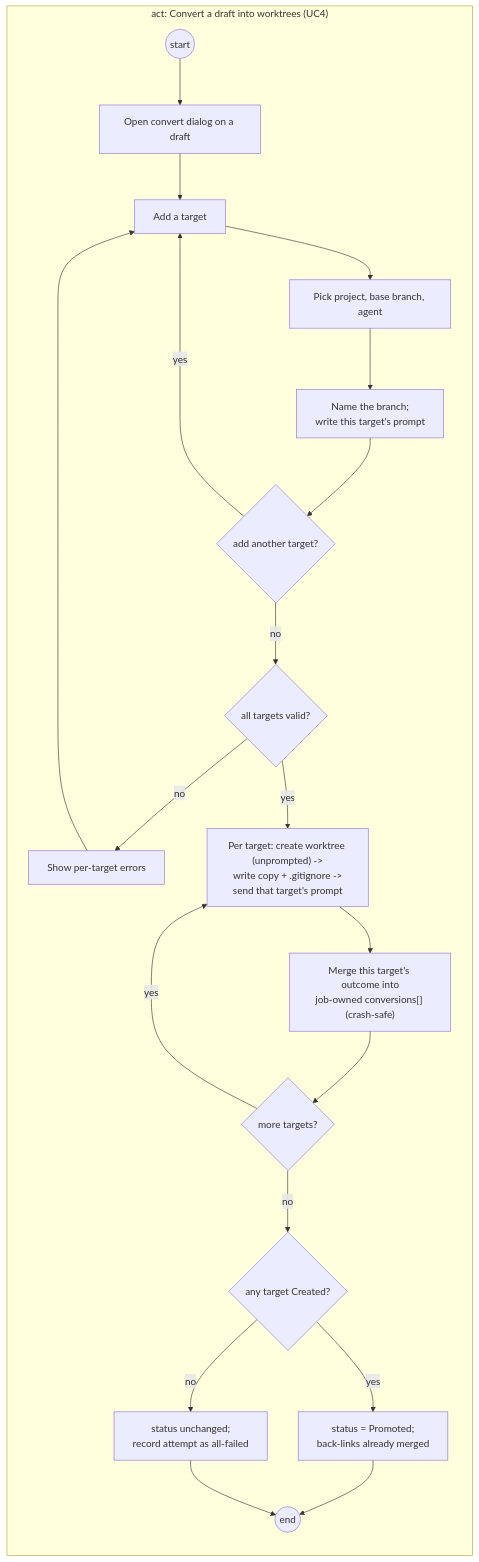
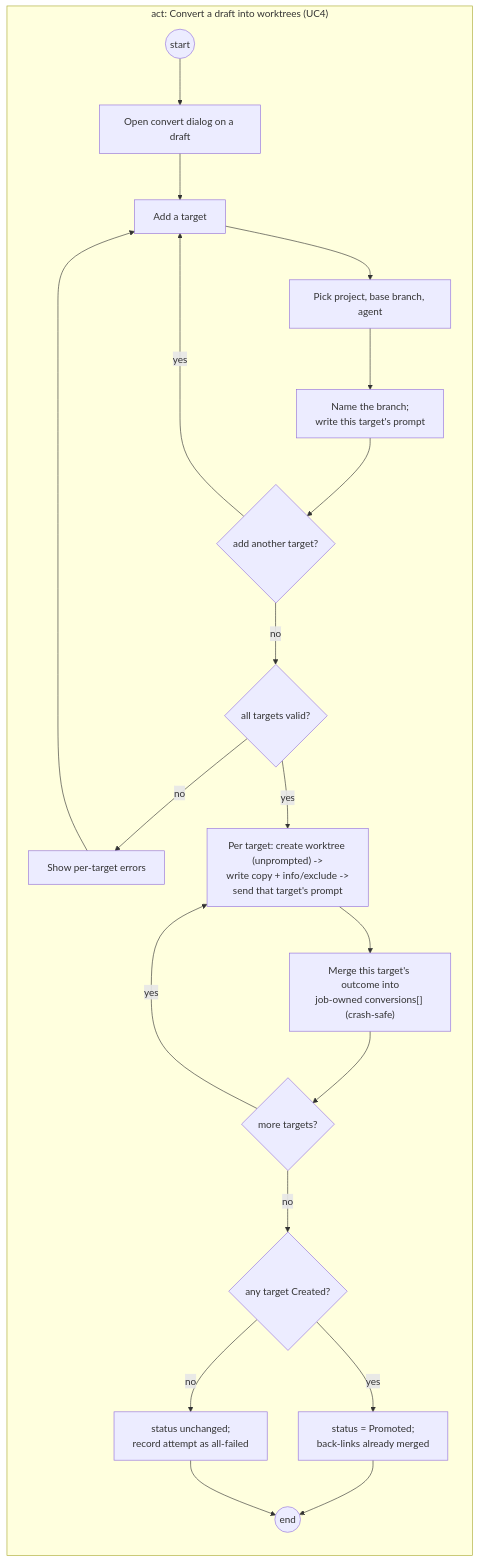
The third of 10 diagrams in .ai/sebenza/tracks/inbox_20260914/design.md (groundtruthsystems/sebenza), drawn with Mermaid before and after one commit. The commit also changed other lines of this file and 1 other file, not shown here.

First line of the commit message:
docs(inbox): record the info/exclude decision in design and spec

````diff
--- a/.ai/sebenza/tracks/inbox_20260914/design.md
+++ b/.ai/sebenza/tracks/inbox_20260914/design.md
@@ -88,23 +88,23 @@
 ```mermaid
 flowchart TD
   subgraph act_convert["act: Convert a draft into worktrees (UC4)"]
     direction TB
     s((start)) --> open["Open convert dialog on a draft"]
     open --> add["Add a target"]
     add --> pick["Pick project, base branch, agent"]
     pick --> name["Name the branch;<br/>write this target's prompt"]
     name --> more{"add another target?"}
     more -- yes --> add
     more -- no --> valid{"all targets valid?"}
     valid -- no --> errs["Show per-target errors"] --> add
-    valid -- yes --> run["Per target: create worktree (unprompted) -&gt;<br/>write copy + .gitignore -&gt;<br/>send that target's prompt"]
+    valid -- yes --> run["Per target: create worktree (unprompted) -&gt;<br/>write copy + info/exclude -&gt;<br/>send that target's prompt"]
     run --> flush["Merge this target's outcome into<br/>job-owned conversions[] (crash-safe)"]
     flush --> nextt{"more targets?"}
     nextt -- yes --> run
     nextt -- no --> anyok{"any target Created?"}
     anyok -- yes --> mark["status = Promoted;<br/>back-links already merged"]
     anyok -- no --> failed["status unchanged;<br/>record attempt as all-failed"]
     mark --> fin((end))
     failed --> fin
   end
 ```
````
